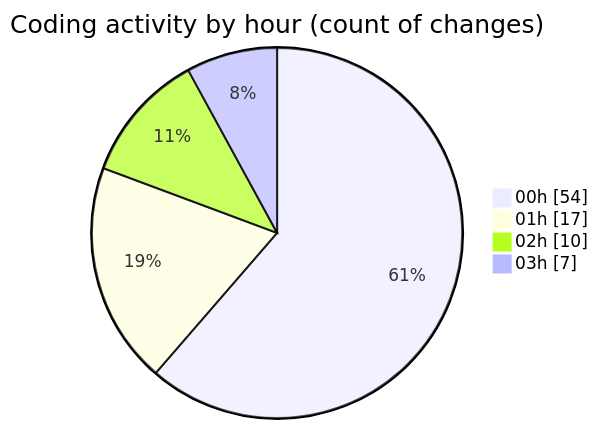
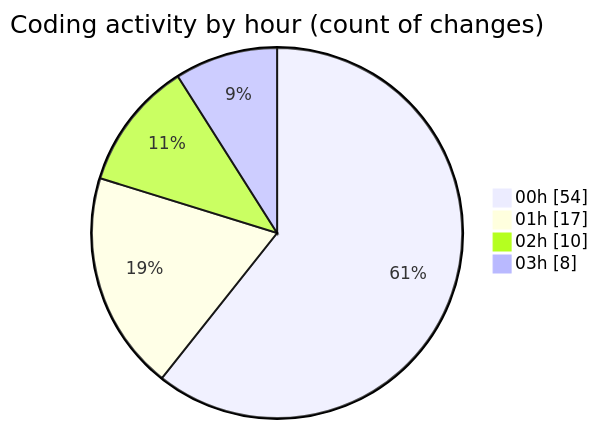
One commit to lephambinh05/code-tracking changed the second of 2 diagrams in 2025-07-26/quanlyrapchieuphim-1/README.md. Above: the diagram before and after it, drawn with Mermaid. The commit also changed other lines of this file and 1 other file, not shown here.

````diff
--- a/2025-07-26/quanlyrapchieuphim-1/README.md
+++ b/2025-07-26/quanlyrapchieuphim-1/README.md
@@ -35,8 +35,8 @@
 ```mermaid
 pie showData
 title Coding activity by hour (count of changes)
 "00h" : 54
 "01h" : 17
 "02h" : 10
-"03h" : 7
+"03h" : 8
 ```
````
